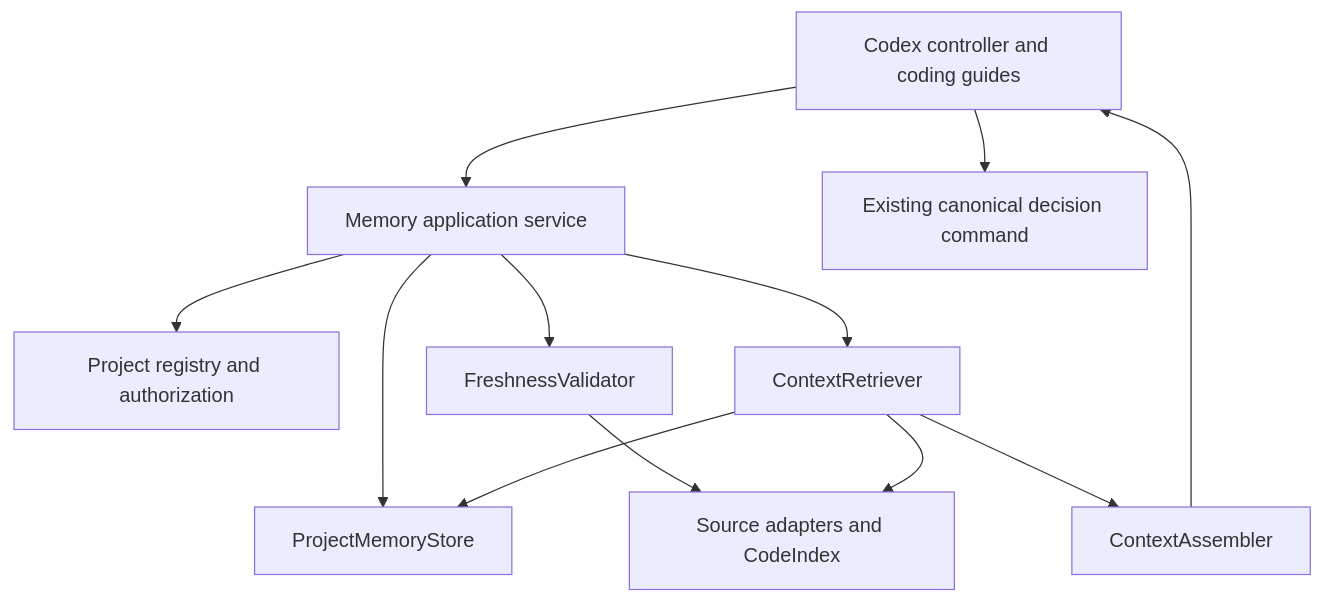
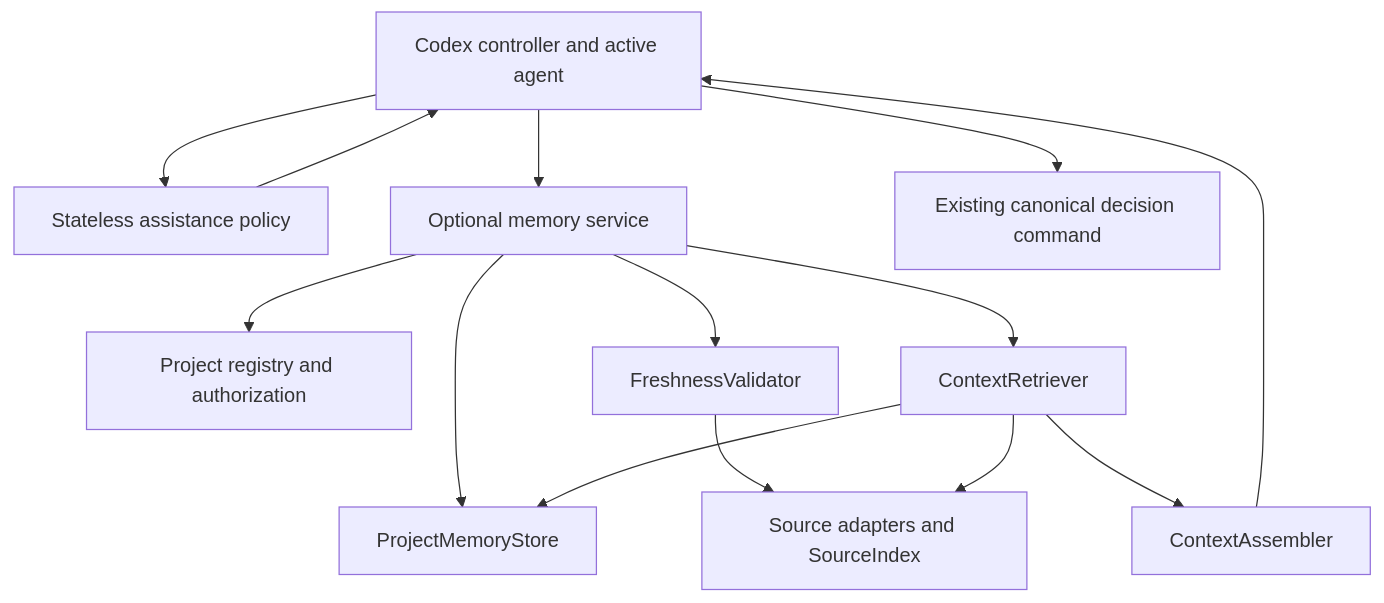
The diagram in docs/v1.5.0/02-architecture-and-operation.md (ParkerHwang/OpenSocrates), drawn with Mermaid before and after one commit. The commit also changed other lines of this file and 23 other files, not shown here.

````diff
--- a/docs/v1.5.0/02-architecture-and-operation.md
+++ b/docs/v1.5.0/02-architecture-and-operation.md
@@ -19,14 +25,16 @@
 ```mermaid
 flowchart TD
-    A[Codex controller and coding guides] --> B[Memory application service]
+    A[Codex controller and active agent] --> P[Stateless assistance policy]
+    P --> A
+    A --> B[Optional memory service]
     B --> C[Project registry and authorization]
     B --> D[ProjectMemoryStore]
     B --> E[FreshnessValidator]
-    E --> F[Source adapters and CodeIndex]
+    E --> F[Source adapters and SourceIndex]
     B --> G[ContextRetriever]
     G --> D
     G --> F
     G --> H[ContextAssembler]
     H --> A
     A --> I[Existing canonical decision command]
 ```
````
